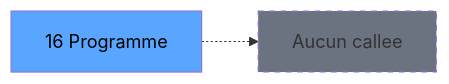
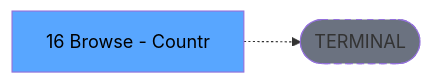
Before and after one commit to thonyAGP/lecteur-magic: the third of 3 diagrams in .openspec/specs/ADH-IDE-16.md, drawn with Mermaid. The commit also changed other lines of this file and 701 other files, not shown here.

````diff
--- a/.openspec/specs/ADH-IDE-16.md
+++ b/.openspec/specs/ADH-IDE-16.md
@@ -127,8 +134,8 @@
 ```mermaid
 graph LR
-    T[16 Programme]
-    NONE[Aucun callee]
-    T -.-> NONE
+    T[16 Browse - Countr]
+    TERM([TERMINAL])
+    T -.-> TERM
+    style TERM fill:#6b7280,stroke-dasharray: 5 5
     style T fill:#58a6ff,color:#000
-    style NONE fill:#6b7280,stroke-dasharray: 5 5
 ```
````
